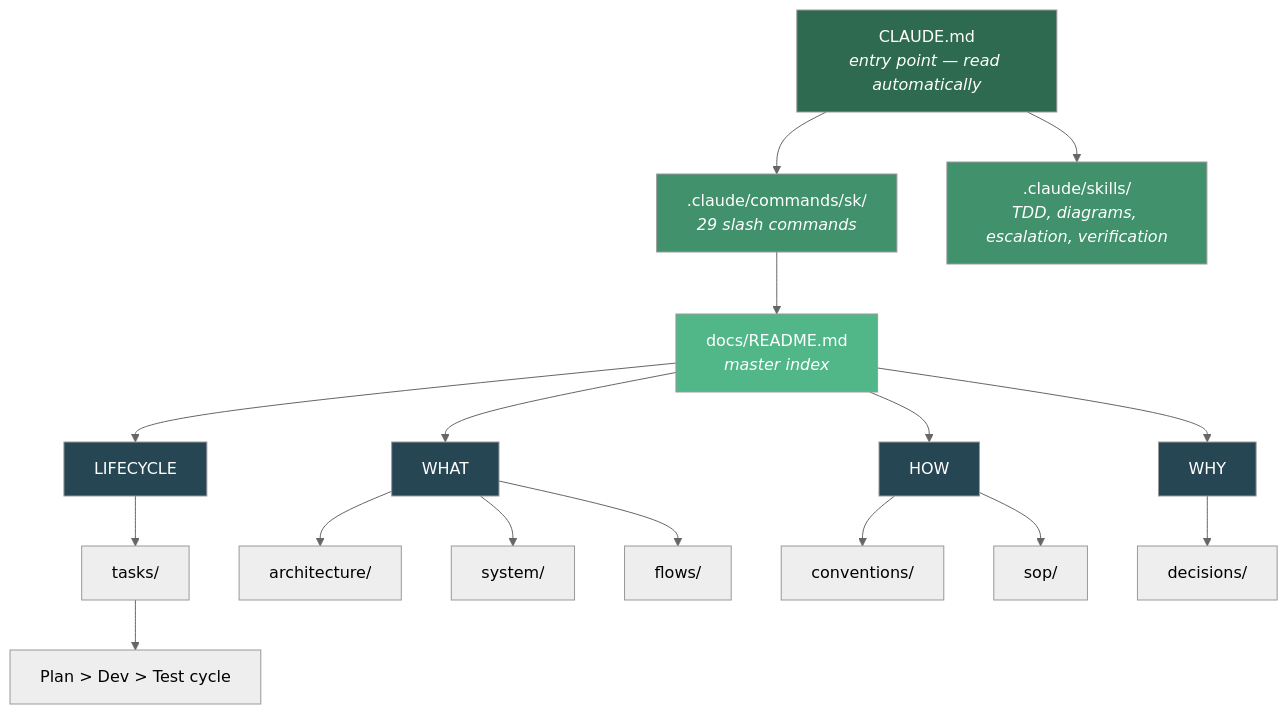
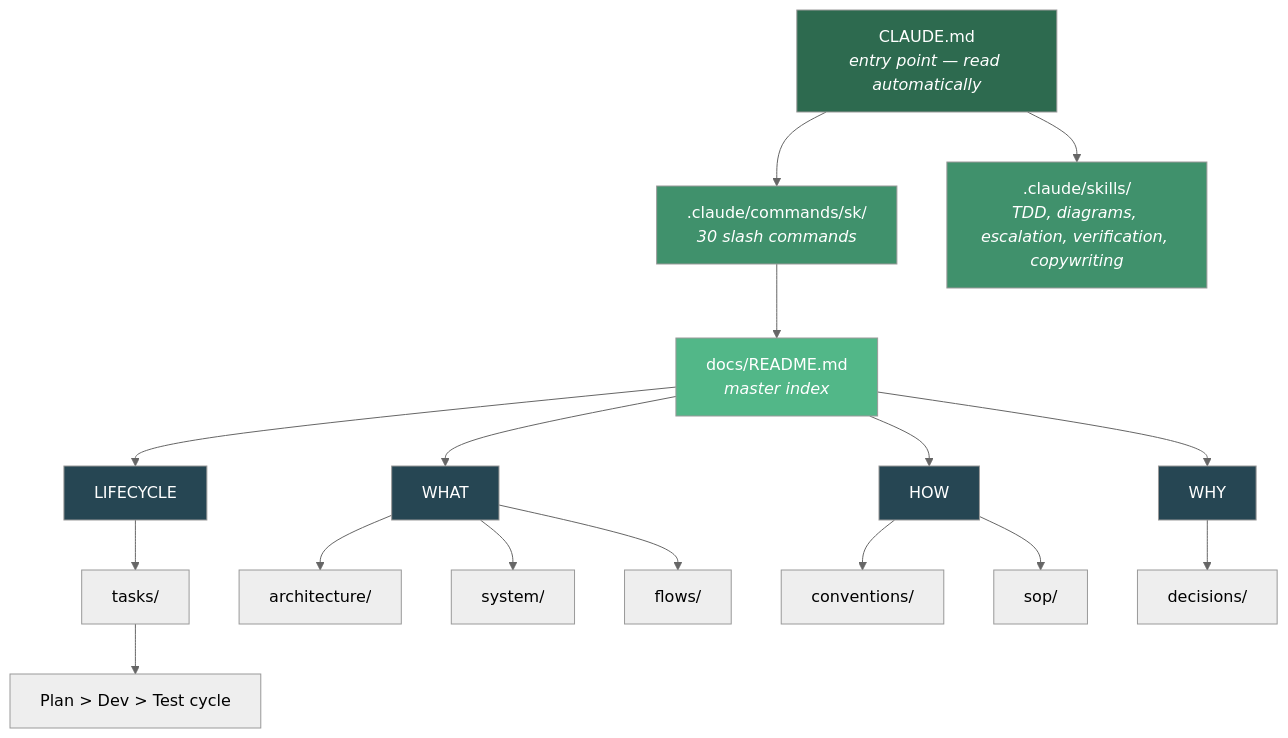
One commit to moniav/sk changed the first of 5 diagrams in Readme.md. Above: the diagram before and after it, drawn with Mermaid (neutral theme). The commit also changed other lines of this file and 11 other files, not shown here.

````diff
--- a/Readme.md
+++ b/Readme.md
@@ -32,32 +32,32 @@
 ```mermaid
 graph TD
-    A["CLAUDE.md<br/><i>entry point — read automatically</i>"] --> B[".claude/commands/sk/<br/><i>29 slash commands</i>"]
-    A --> B2[".claude/skills/<br/><i>TDD, diagrams, escalation, verification</i>"]
+    A["CLAUDE.md<br/><i>entry point — read automatically</i>"] --> B[".claude/commands/sk/<br/><i>30 slash commands</i>"]
+    A --> B2[".claude/skills/<br/><i>TDD, diagrams, escalation, verification, copywriting</i>"]
     B --> C["docs/README.md<br/><i>master index</i>"]
 
     C --> D["LIFECYCLE"]
     C --> E["WHAT"]
     C --> F["WHY"]
     C --> G["HOW"]
 
     D --> D1["tasks/"]
     D1 --> D2["Plan > Dev > Test cycle"]
 
     E --> E1["architecture/"]
     E --> E2["system/"]
     E --> E3["flows/"]
 
     G --> G1["conventions/"]
     G --> G2["sop/"]
 
     F --> F1["decisions/"]
 
     style A fill:#2d6a4f,color:#fff
     style B fill:#40916c,color:#fff
     style B2 fill:#40916c,color:#fff
     style C fill:#52b788,color:#fff
     style D fill:#264653,color:#fff
     style E fill:#264653,color:#fff
     style F fill:#264653,color:#fff
     style G fill:#264653,color:#fff
 ```
````
